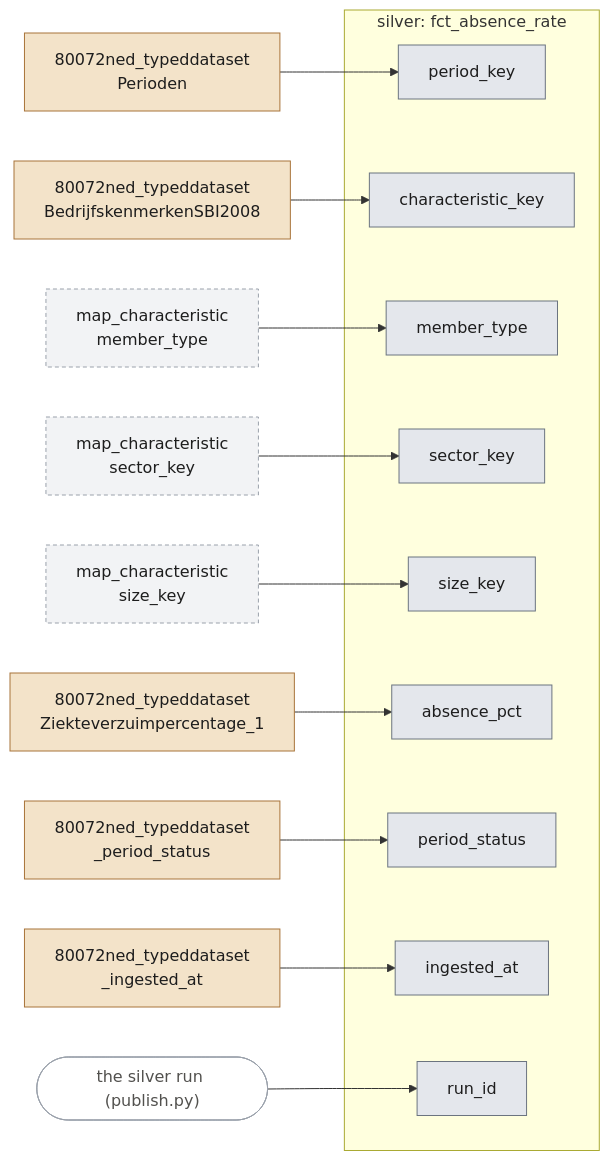
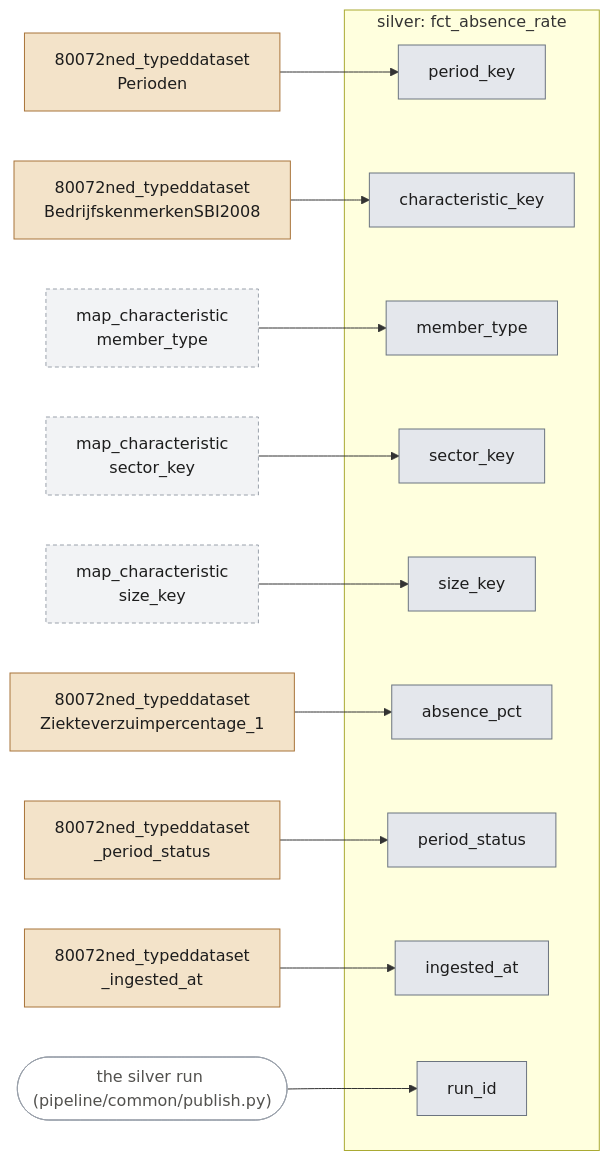
One commit to stefancodecommit/AOV_Lakehouse changed the ninth of 13 diagrams in docs/lineage.md. Above: the diagram before and after it, drawn with Mermaid. The commit also changed other lines of this file and 52 other files, not shown here.

````diff
--- a/docs/lineage.md
+++ b/docs/lineage.md
@@ -451,36 +451,36 @@
 ```mermaid
 flowchart LR
   n_src_80072ned_typeddataset_BedrijfskenmerkenSBI2008["80072ned_typeddataset<br/>BedrijfskenmerkenSBI2008"]:::bronze
   n_src_80072ned_typeddataset_Perioden["80072ned_typeddataset<br/>Perioden"]:::bronze
   n_src_80072ned_typeddataset_Ziekteverzuimpercentage_1["80072ned_typeddataset<br/>Ziekteverzuimpercentage_1"]:::bronze
   n_src_80072ned_typeddataset__ingested_at["80072ned_typeddataset<br/>_ingested_at"]:::bronze
   n_src_80072ned_typeddataset__period_status["80072ned_typeddataset<br/>_period_status"]:::bronze
   n_src_silver_map_characteristic_member_type["map_characteristic<br/>member_type"]:::silverref
   n_src_silver_map_characteristic_sector_key["map_characteristic<br/>sector_key"]:::silverref
   n_src_silver_map_characteristic_size_key["map_characteristic<br/>size_key"]:::silverref
-  run(["the silver run (publish.py)"]):::run
+  run(["the silver run (pipeline/common/publish.py)"]):::run
   subgraph n_tbl_fct_absence_rate["silver: fct_absence_rate"]
     n_col_period_key["period_key"]:::silver
     n_col_characteristic_key["characteristic_key"]:::silver
     n_col_member_type["member_type"]:::silver
     n_col_sector_key["sector_key"]:::silver
     n_col_size_key["size_key"]:::silver
     n_col_absence_pct["absence_pct"]:::silver
     n_col_period_status["period_status"]:::silver
     n_col_ingested_at["ingested_at"]:::silver
     n_col_run_id["run_id"]:::silver
   end
   n_src_80072ned_typeddataset_Perioden --> n_col_period_key
   n_src_80072ned_typeddataset_BedrijfskenmerkenSBI2008 --> n_col_characteristic_key
   n_src_silver_map_characteristic_member_type --> n_col_member_type
   n_src_silver_map_characteristic_sector_key --> n_col_sector_key
   n_src_silver_map_characteristic_size_key --> n_col_size_key
   n_src_80072ned_typeddataset_Ziekteverzuimpercentage_1 --> n_col_absence_pct
   n_src_80072ned_typeddataset__period_status --> n_col_period_status
   n_src_80072ned_typeddataset__ingested_at --> n_col_ingested_at
   run --> n_col_run_id
   classDef bronze fill:#f3e3c9,stroke:#a8743a,color:#1d1d1d
   classDef silver fill:#e4e7ec,stroke:#6b7480,color:#1d1d1d
   classDef silverref fill:#f2f3f5,stroke:#9aa1ab,stroke-dasharray:4 3,color:#1d1d1d
   classDef run fill:#ffffff,stroke:#9aa1ab,color:#52514e
 ```
````
